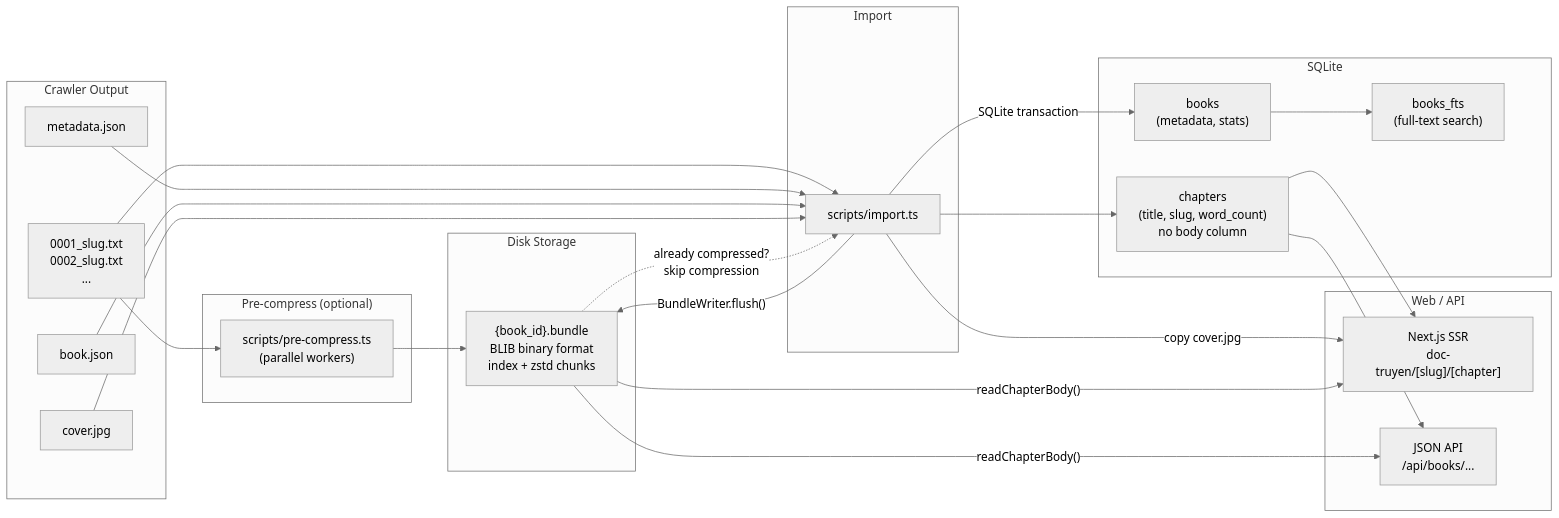
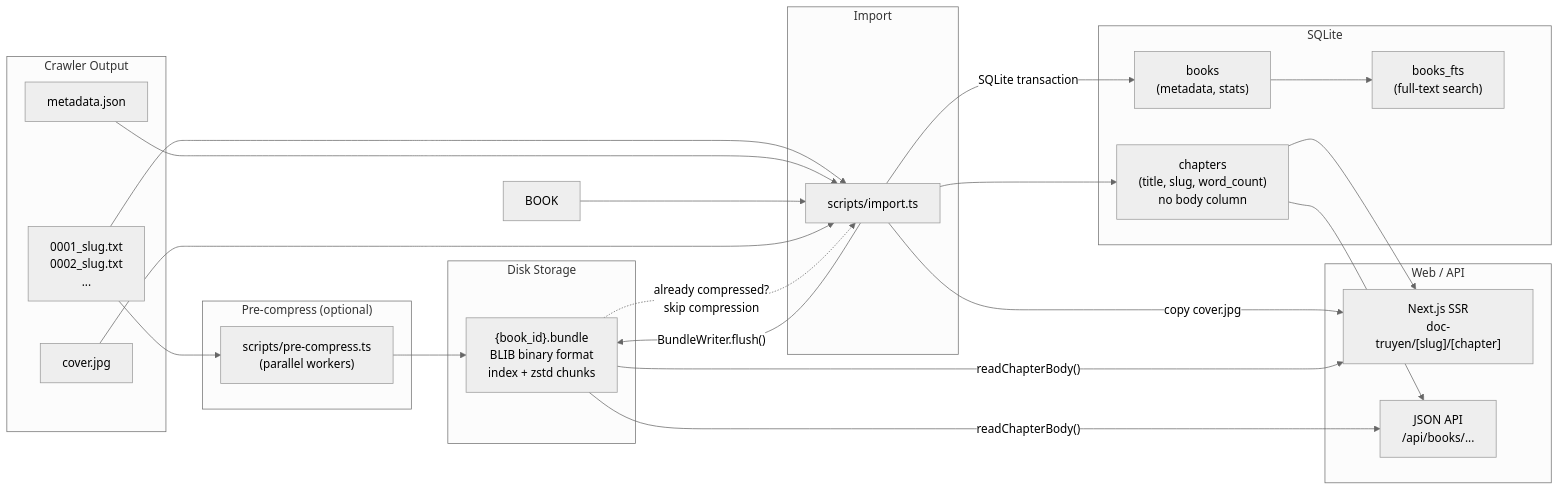
One commit to quocanh1897/books-crawler changed the first of 2 diagrams in binslib/README.md. Above: the diagram before and after it, drawn with Mermaid (neutral theme). The commit also changed other lines of this file and 43 other files, not shown here.

````diff
--- a/binslib/README.md
+++ b/binslib/README.md
@@ -24,49 +24,48 @@
 ```mermaid
 flowchart LR
   subgraph Crawler["Crawler Output"]
     TXT["0001_slug.txt\n0002_slug.txt\n..."]
     META["metadata.json"]
-    BOOK["book.json"]
     COVER["cover.jpg"]
   end
 
   subgraph PreCompress["Pre-compress (optional)"]
     PC["scripts/pre-compress.ts\n(parallel workers)"]
   end
 
   subgraph Import["Import"]
     IMP["scripts/import.ts"]
   end
 
   subgraph Storage["Disk Storage"]
     BUNDLE["{book_id}.bundle\nBLIB binary format\nindex + zstd chunks"]
   end
 
   subgraph DB["SQLite"]
     BOOKS["books\n(metadata, stats)"]
     CHAPS["chapters\n(title, slug, word_count)\nno body column"]
     FTS["books_fts\n(full-text search)"]
   end
 
   subgraph Web["Web / API"]
     SSR["Next.js SSR\ndoc-truyen/[slug]/[chapter]"]
     API["JSON API\n/api/books/..."]
   end
 
   TXT --> PC --> BUNDLE
   TXT --> IMP
   META --> IMP
   BOOK --> IMP
   COVER --> IMP
   BUNDLE -.->|"already compressed?\nskip compression"| IMP
   IMP -->|"BundleWriter.flush()"| BUNDLE
   IMP -->|"SQLite transaction"| BOOKS
   IMP --> CHAPS
   IMP -->|"copy cover.jpg"| SSR
 
   BUNDLE -->|"readChapterBody()"| SSR
   BUNDLE -->|"readChapterBody()"| API
   CHAPS --> SSR
   CHAPS --> API
   BOOKS --> FTS
 ```
````
